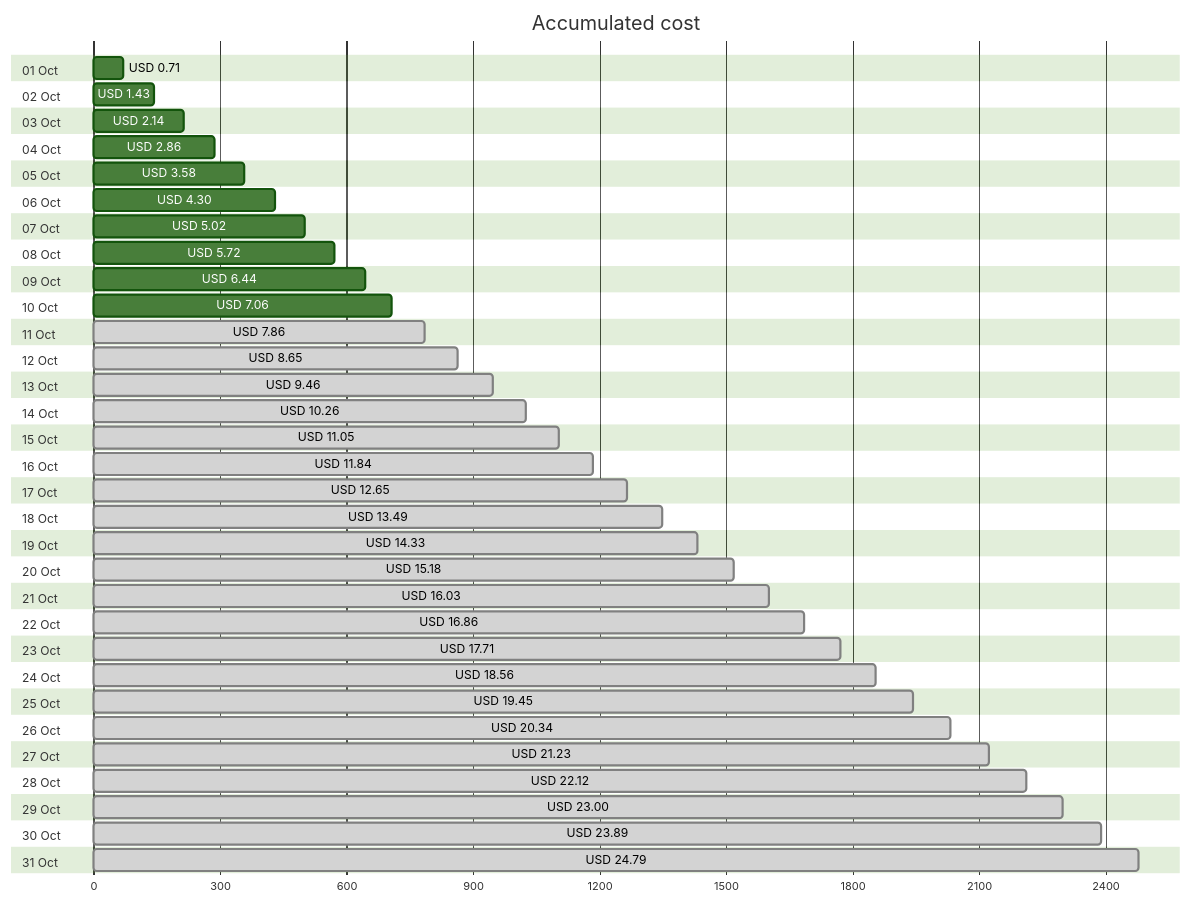
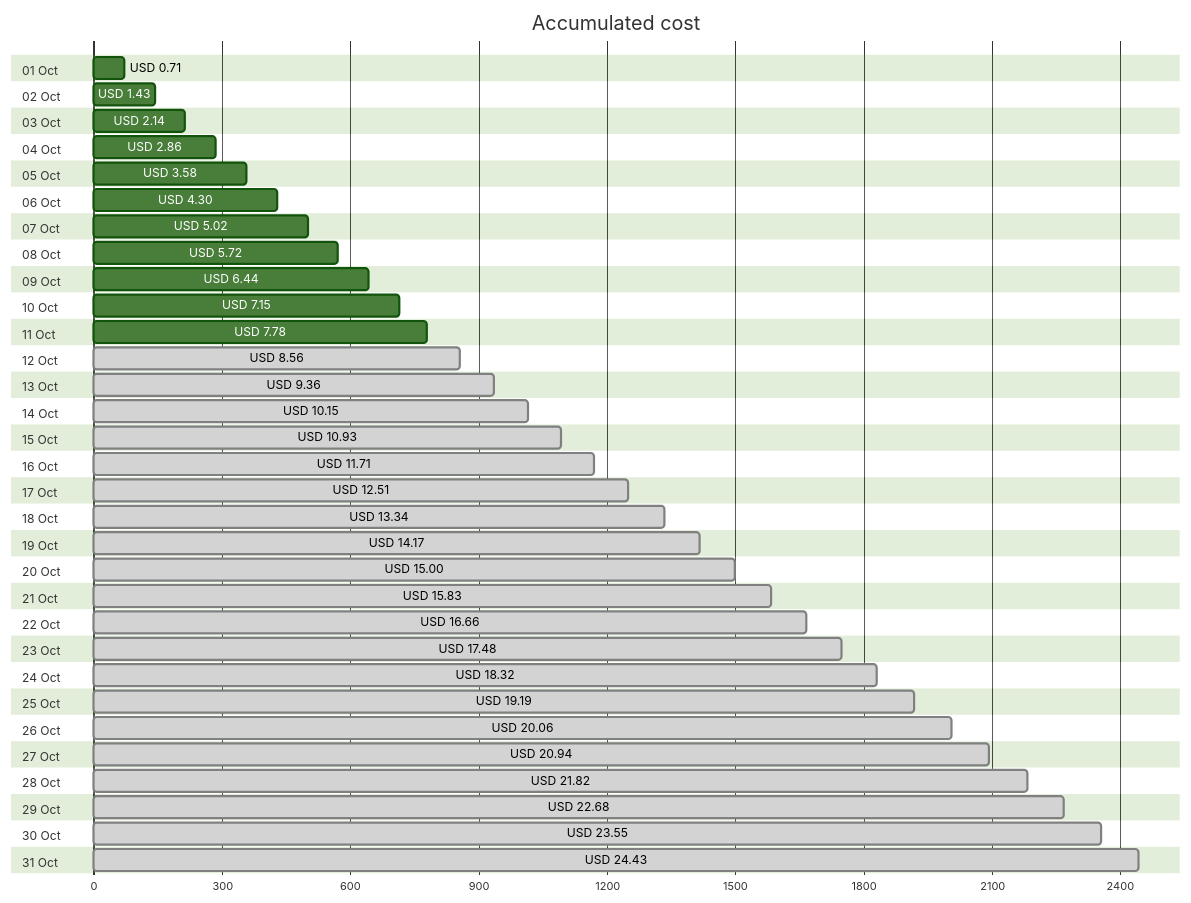
The first of 4 diagrams in cost-reports/personal-network/backup-server-data-disk.md (jpfulton/azure-personal-reports), drawn with Mermaid (forest theme) before and after one commit. The commit also changed other lines of this file and 8 other files, not shown here.

````diff
--- a/cost-reports/personal-network/backup-server-data-disk.md
+++ b/cost-reports/personal-network/backup-server-data-disk.md
@@ -20,68 +20,68 @@
 ```mermaid
 gantt
    title Accumulated cost
    dateFormat  X
    axisFormat %s
    section 01 Oct
    USD 0.71 :0, 71
    section 02 Oct
    USD 1.43 :0, 143
    section 03 Oct
    USD 2.14 :0, 214
    section 04 Oct
    USD 2.86 :0, 286
    section 05 Oct
    USD 3.58 :0, 358
    section 06 Oct
    USD 4.30 :0, 430
    section 07 Oct
    USD 5.02 :0, 502
    section 08 Oct
    USD 5.72 :0, 572
    section 09 Oct
    USD 6.44 :0, 644
    section 10 Oct
-   USD 7.06 :0, 706
+   USD 7.15 :0, 715
    section 11 Oct
-   USD 7.86 : done, 0, 786
+   USD 7.78 :0, 778
    section 12 Oct
-   USD 8.65 : done, 0, 865
+   USD 8.56 : done, 0, 856
    section 13 Oct
-   USD 9.46 : done, 0, 946
+   USD 9.36 : done, 0, 936
    section 14 Oct
-   USD 10.26 : done, 0, 1026
+   USD 10.15 : done, 0, 1015
    section 15 Oct
-   USD 11.05 : done, 0, 1105
+   USD 10.93 : done, 0, 1093
    section 16 Oct
-   USD 11.84 : done, 0, 1184
+   USD 11.71 : done, 0, 1171
    section 17 Oct
-   USD 12.65 : done, 0, 1265
+   USD 12.51 : done, 0, 1251
    section 18 Oct
-   USD 13.49 : done, 0, 1349
+   USD 13.34 : done, 0, 1334
    section 19 Oct
-   USD 14.33 : done, 0, 1433
+   USD 14.17 : done, 0, 1417
    section 20 Oct
-   USD 15.18 : done, 0, 1518
+   USD 15.00 : done, 0, 1500
    section 21 Oct
-   USD 16.03 : done, 0, 1603
+   USD 15.83 : done, 0, 1583
    section 22 Oct
-   USD 16.86 : done, 0, 1686
+   USD 16.66 : done, 0, 1666
    section 23 Oct
-   USD 17.71 : done, 0, 1771
+   USD 17.48 : done, 0, 1748
    section 24 Oct
-   USD 18.56 : done, 0, 1856
+   USD 18.32 : done, 0, 1832
    section 25 Oct
-   USD 19.45 : done, 0, 1945
+   USD 19.19 : done, 0, 1919
    section 26 Oct
-   USD 20.34 : done, 0, 2034
+   USD 20.06 : done, 0, 2006
    section 27 Oct
-   USD 21.23 : done, 0, 2123
+   USD 20.94 : done, 0, 2094
    section 28 Oct
-   USD 22.12 : done, 0, 2212
+   USD 21.82 : done, 0, 2182
    section 29 Oct
-   USD 23.00 : done, 0, 2300
+   USD 22.68 : done, 0, 2268
    section 30 Oct
-   USD 23.89 : done, 0, 2389
+   USD 23.55 : done, 0, 2355
    section 31 Oct
-   USD 24.79 : done, 0, 2479
+   USD 24.43 : done, 0, 2443
 ```
````
